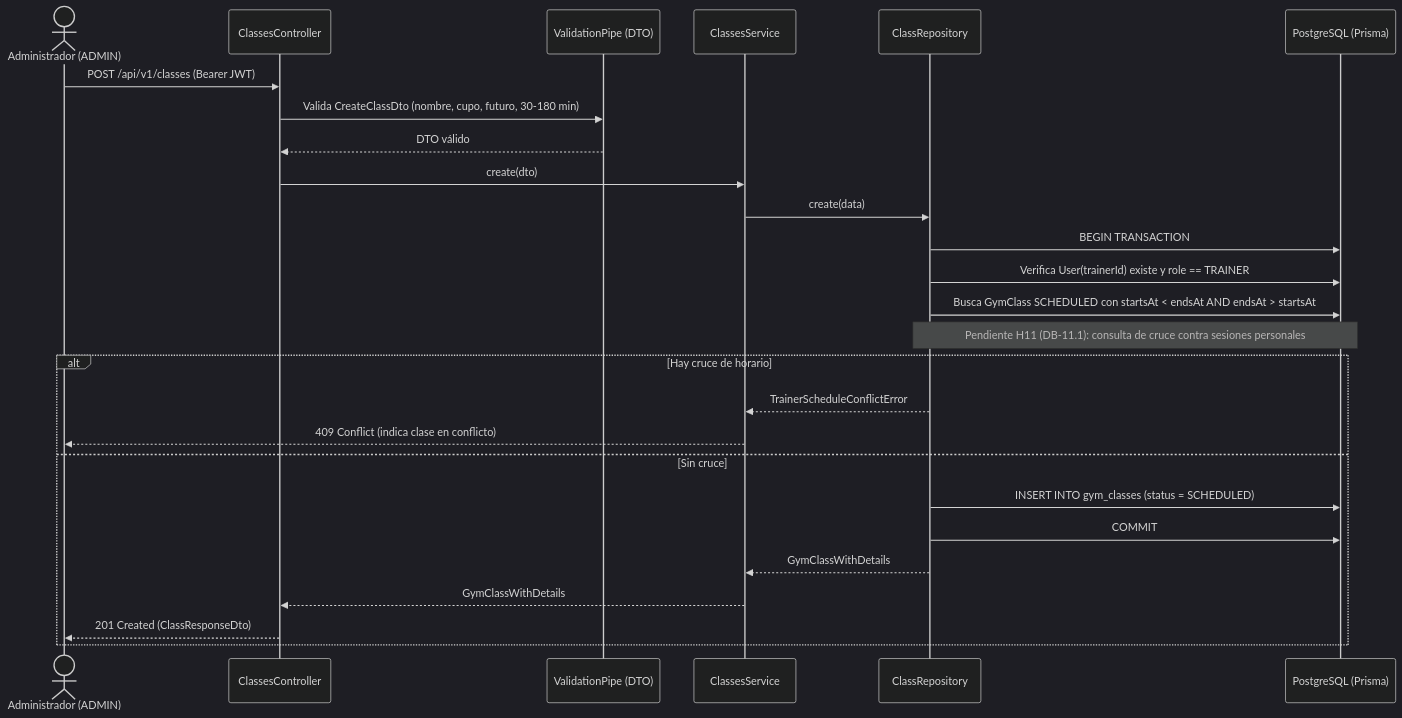
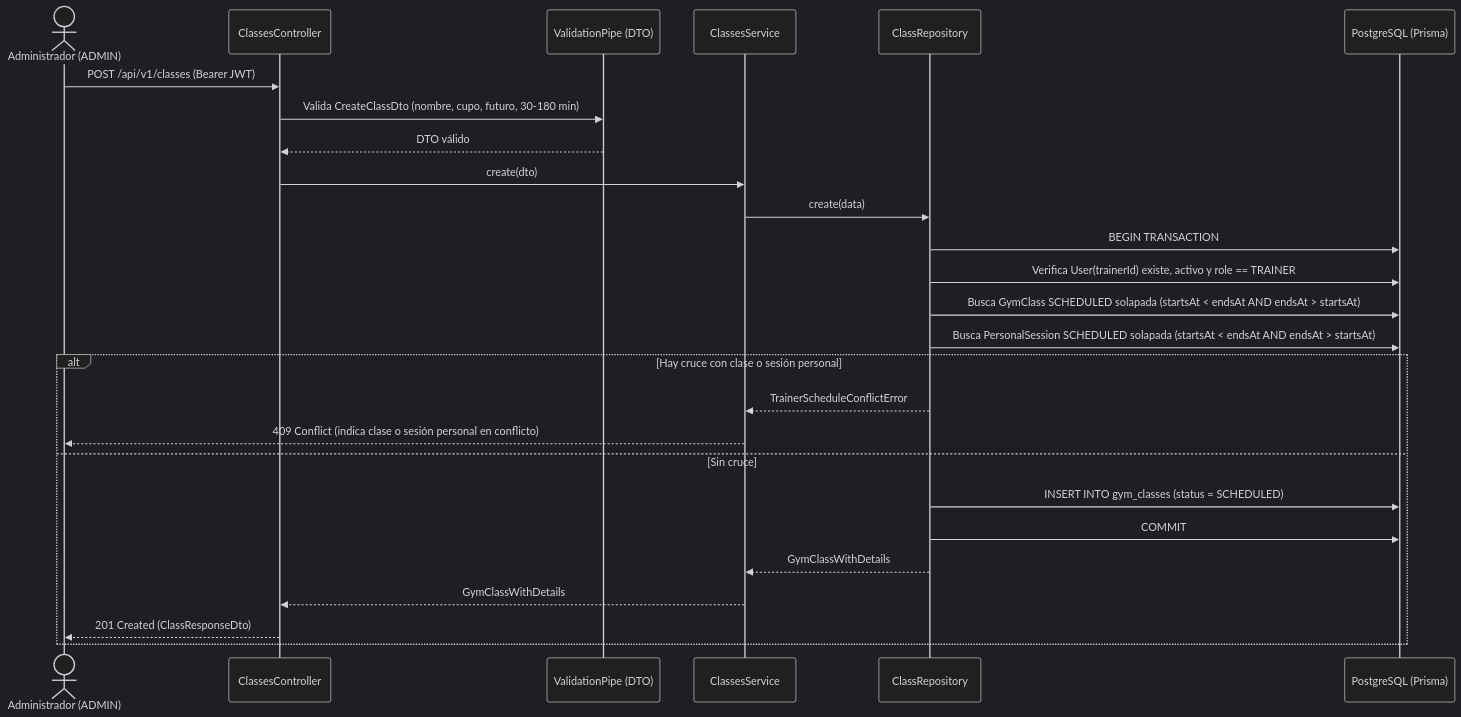
One commit to DaniloII09/gymhub changed the second of 2 diagrams in src/classes/README.md. Above: the diagram before and after it, drawn with Mermaid (dark theme). The commit also changed other lines of this file, not shown here.

Commit message:
docs(SCRUM-21): actualiza diagramas y documentacion con el cierre completo de H06 en backend

````diff
--- a/src/classes/README.md
+++ b/src/classes/README.md
@@ -90,29 +93,29 @@
 ```mermaid
 sequenceDiagram
     actor Admin as Administrador (ADMIN)
     participant Ctrl as ClassesController
     participant Pipe as ValidationPipe (DTO)
     participant Svc as ClassesService
     participant Repo as ClassRepository
     participant DB as PostgreSQL (Prisma)
 
     Admin->>Ctrl: POST /api/v1/classes (Bearer JWT)
     Ctrl->>Pipe: Valida CreateClassDto (nombre, cupo, futuro, 30-180 min)
     Pipe-->>Ctrl: DTO válido
     Ctrl->>Svc: create(dto)
     Svc->>Repo: create(data)
     Repo->>DB: BEGIN TRANSACTION
-    Repo->>DB: Verifica User(trainerId) existe y role == TRAINER
-    Repo->>DB: Busca GymClass SCHEDULED con startsAt < endsAt AND endsAt > startsAt
-    Note over Repo,DB: Pendiente H11 (DB-11.1): consulta de cruce contra sesiones personales
-    alt Hay cruce de horario
+    Repo->>DB: Verifica User(trainerId) existe, activo y role == TRAINER
+    Repo->>DB: Busca GymClass SCHEDULED solapada (startsAt < endsAt AND endsAt > startsAt)
+    Repo->>DB: Busca PersonalSession SCHEDULED solapada (startsAt < endsAt AND endsAt > startsAt)
+    alt Hay cruce con clase o sesión personal
         Repo-->>Svc: TrainerScheduleConflictError
-        Svc-->>Admin: 409 Conflict (indica clase en conflicto)
+        Svc-->>Admin: 409 Conflict (indica clase o sesión personal en conflicto)
     else Sin cruce
         Repo->>DB: INSERT INTO gym_classes (status = SCHEDULED)
         Repo->>DB: COMMIT
         Repo-->>Svc: GymClassWithDetails
         Svc-->>Ctrl: GymClassWithDetails
         Ctrl-->>Admin: 201 Created (ClassResponseDto)
     end
 ```
````
